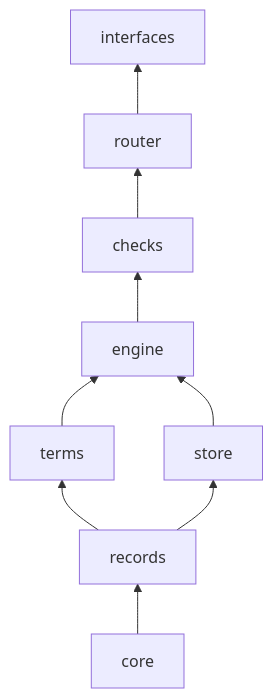
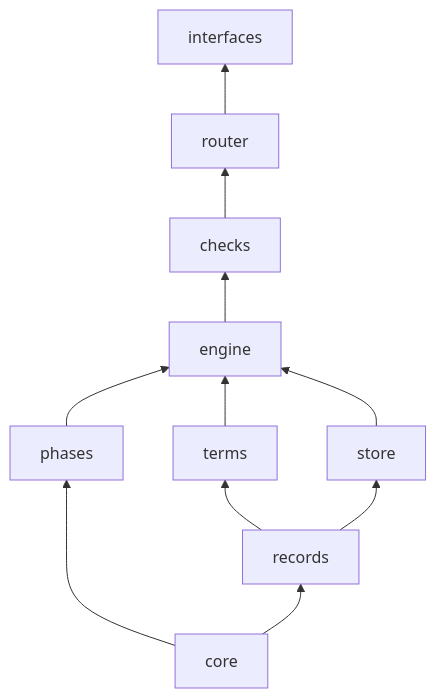
Before and after one commit to tchjhnsn/Naive: the diagram in packages/naive/src/README.md, drawn with Mermaid. The commit also changed other lines of this file and 37 other files, not shown here.

First line of the commit message:
Add the five phase modules (EE-126) with an Effect loader, a schema and check-phases, and read phase gates from them

````diff
--- a/packages/naive/src/README.md
+++ b/packages/naive/src/README.md
@@ -23,11 +24,13 @@
 ```mermaid
 flowchart BT
   core --> records
+  core --> phases
+  phases --> engine
   records --> terms
   records --> store
   terms --> engine
   store --> engine
   engine --> checks
   checks --> router
   router --> interfaces
 ```
````
